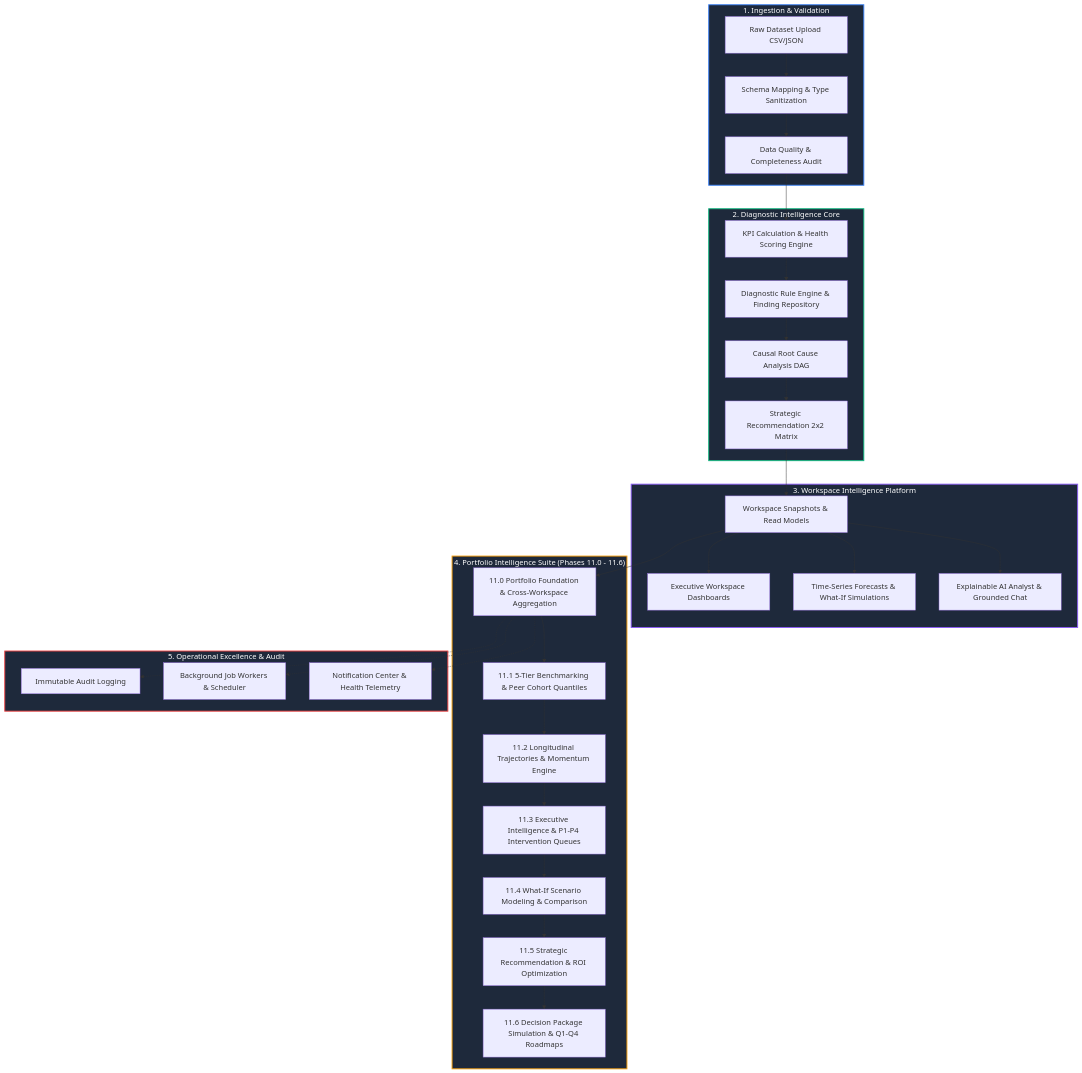
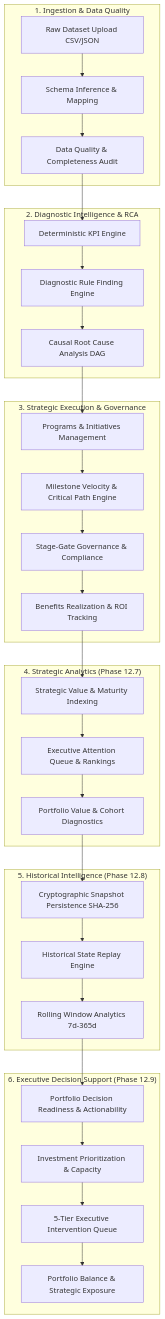
One commit to Aaditgupta1234/DecisionOS changed the diagram in README.md. Above: the diagram before and after it, drawn with Mermaid. The commit also changed other lines of this file, not shown here.

Commit message:
docs: Modernize README.md with enterprise showcase, system scale, and Phase 12.7-12.9 intelligence

````diff
--- a/README.md
+++ b/README.md
@@ -86,43 +242,39 @@
 ```mermaid
 flowchart TD
-    subgraph Ingestion["1. Ingestion & Validation"]
-        A[Raw Dataset Upload CSV/JSON] --> B[Schema Mapping & Type Sanitization]
+    subgraph Ingestion["1. Ingestion & Data Quality"]
+        A[Raw Dataset Upload CSV/JSON] --> B[Schema Inference & Mapping]
         B --> C[Data Quality & Completeness Audit]
     end
 
-    subgraph DiagnosticCore["2. Diagnostic Intelligence Core"]
-        C --> D[KPI Calculation & Health Scoring Engine]
-        D --> E[Diagnostic Rule Engine & Finding Repository]
+    subgraph Diagnostics["2. Diagnostic Intelligence & RCA"]
+        C --> D[Deterministic KPI Engine]
+        D --> E[Diagnostic Rule Finding Engine]
         E --> F[Causal Root Cause Analysis DAG]
-        F --> G[Strategic Recommendation 2x2 Matrix]
     end
 
-    subgraph WorkspacePlatform["3. Workspace Intelligence Platform"]
-        G --> H[Workspace Snapshots & Read Models]
-        H --> I[Executive Workspace Dashboards]
-        H --> J[Time-Series Forecasts & What-If Simulations]
-        H --> K[Explainable AI Analyst & Grounded Chat]
+    subgraph Execution["3. Strategic Execution & Governance"]
+        F --> G[Programs & Initiatives Management]
+        G --> H[Milestone Velocity & Critical Path Engine]
+        H --> I[Stage-Gate Governance & Compliance]
+        I --> J[Benefits Realization & ROI Tracking]
     end
 
-    subgraph PortfolioSuite["4. Portfolio Intelligence Suite (Phases 11.0 - 11.6)"]
-        H --> L[11.0 Portfolio Foundation & Cross-Workspace Aggregation]
-        L --> M[11.1 5-Tier Benchmarking & Peer Cohort Quantiles]
-        M --> N[11.2 Longitudinal Trajectories & Momentum Engine]
-        N --> O[11.3 Executive Intelligence & P1-P4 Intervention Queues]
-        O --> P[11.4 What-If Scenario Modeling & Comparison]
-        P --> Q[11.5 Strategic Recommendation & ROI Optimization]
-        Q --> R[11.6 Decision Package Simulation & Q1-Q4 Roadmaps]
+    subgraph StrategicAnalytics["4. Strategic Analytics (Phase 12.7)"]
+        J --> K[Strategic Value & Maturity Indexing]
+        K --> L[Executive Attention Queue & Rankings]
+        L --> M[Portfolio Value & Cohort Diagnostics]
     end
 
-    subgraph OperationalLayer["5. Operational Excellence & Audit"]
-        L -.-> S[Immutable Audit Logging]
-        L -.-> T[Background Job Workers & Scheduler]
-        L -.-> U[Notification Center & Health Telemetry]
+    subgraph Historical["5. Historical Intelligence (Phase 12.8)"]
+        M --> N[Cryptographic Snapshot Persistence SHA-256]
+        N --> O[Historical State Replay Engine]
+        O --> P[Rolling Window Analytics 7d-365d]
     end
 
-    style Ingestion fill:#1e293b,stroke:#3b82f6,stroke-width:2px,color:#fff
-    style DiagnosticCore fill:#1e293b,stroke:#10b981,stroke-width:2px,color:#fff
-    style WorkspacePlatform fill:#1e293b,stroke:#8b5cf6,stroke-width:2px,color:#fff
-    style PortfolioSuite fill:#1e293b,stroke:#f59e0b,stroke-width:2px,color:#fff
-    style OperationalLayer fill:#1e293b,stroke:#ef4444,stroke-width:2px,color:#fff
+    subgraph DecisionSupport["6. Executive Decision Support (Phase 12.9)"]
+        P --> Q[Portfolio Decision Readiness & Actionability]
+        Q --> R[Investment Prioritization & Capacity]
+        R --> S[5-Tier Executive Intervention Queue]
+        S --> T[Portfolio Balance & Strategic Exposure]
+    end
 ```
````
